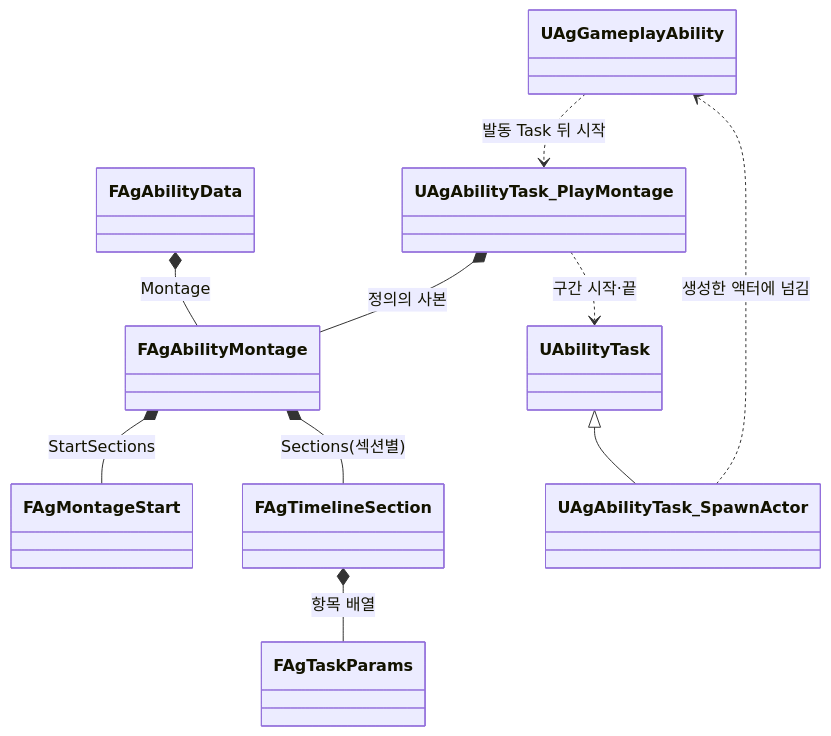
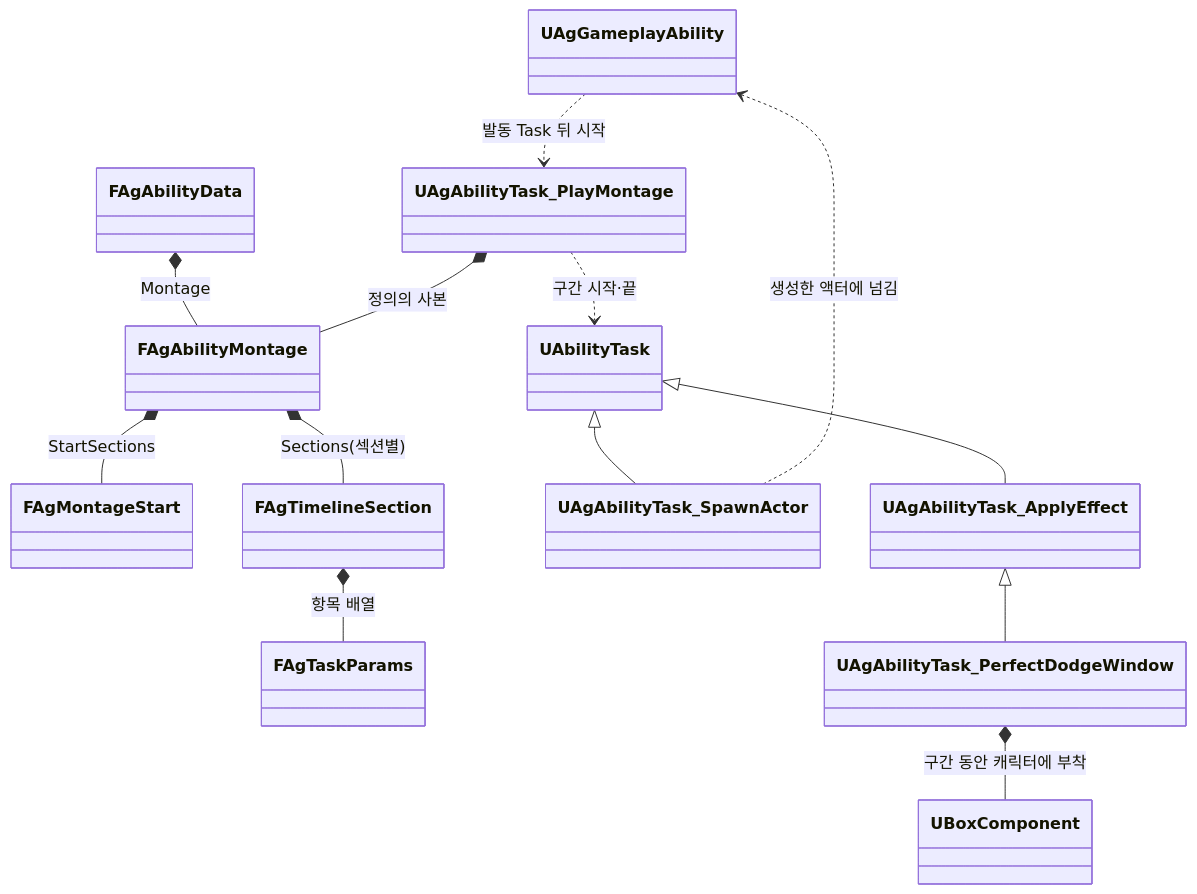
One commit to Woogl/Ag changed the diagram in Docs/Architecture/몽타주 타임라인과 구간 판정.md. Above: the diagram before and after it, drawn with Mermaid. The commit also changed other lines of this file and 14 other files, not shown here.

````diff
--- a/Docs/Architecture/몽타주 타임라인과 구간 판정.md
+++ b/Docs/Architecture/몽타주 타임라인과 구간 판정.md
@@ -55,13 +56,16 @@
 ```mermaid
 classDiagram
     direction TB
     FAgAbilityData *-- FAgAbilityMontage : Montage
     FAgAbilityMontage *-- FAgMontageStart : StartSections
     FAgAbilityMontage *-- FAgTimelineSection : Sections(섹션별)
     FAgTimelineSection *-- FAgTaskParams : 항목 배열
     UAgGameplayAbility ..> UAgAbilityTask_PlayMontage : 발동 Task 뒤 시작
     UAgAbilityTask_PlayMontage *-- FAgAbilityMontage : 정의의 사본
     UAgAbilityTask_PlayMontage ..> UAbilityTask : 구간 시작·끝
     UAbilityTask <|-- UAgAbilityTask_SpawnActor
     UAgAbilityTask_SpawnActor ..> UAgGameplayAbility : 생성한 액터에 넘김
+    UAbilityTask <|-- UAgAbilityTask_ApplyEffect
+    UAgAbilityTask_ApplyEffect <|-- UAgAbilityTask_PerfectDodgeWindow
+    UAgAbilityTask_PerfectDodgeWindow *-- UBoxComponent : 구간 동안 캐릭터에 부착
 ```
````
